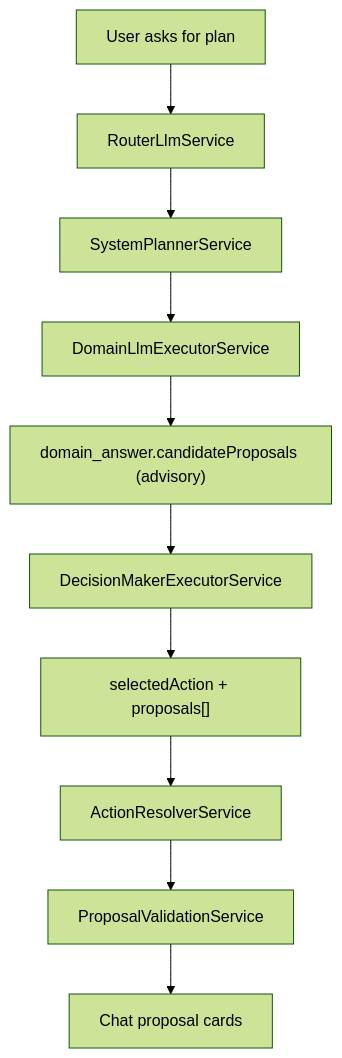
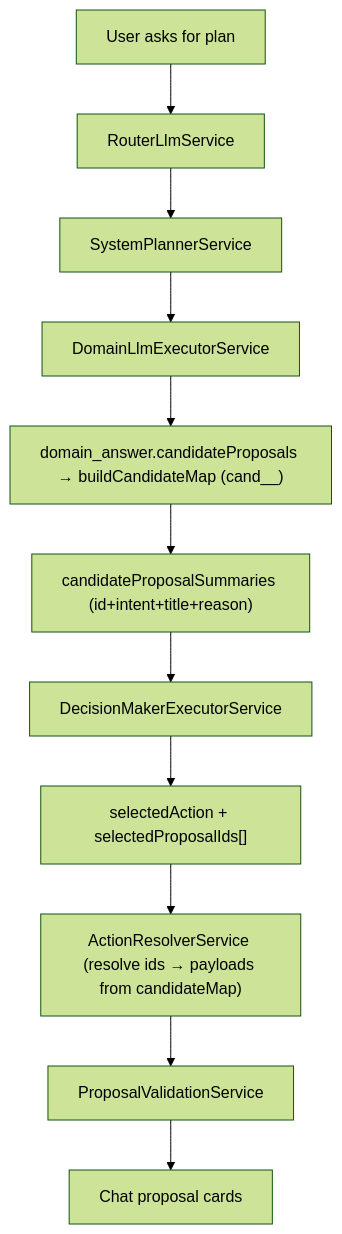
Before and after one commit to IldarRash/HealthTracer: the third of 3 diagrams in docs/architecture/llm-pipeline.md, drawn with Mermaid (forest theme). The commit also changed other lines of this file and 21 other files, not shown here.

First line of the commit message:
feat(ai): decision-maker quality — selection-by-ID, conversation history, enforced reply language

````diff
--- a/docs/architecture/llm-pipeline.md
+++ b/docs/architecture/llm-pipeline.md
@@ -1031,12 +1065,13 @@
 ```mermaid
 flowchart TD
   userTurn["User asks for plan"] --> router["RouterLlmService"]
   router --> planner["SystemPlannerService"]
   planner --> domain["DomainLlmExecutorService"]
-  domain --> candidates["domain_answer.candidateProposals (advisory)"]
-  candidates --> decision["DecisionMakerExecutorService"]
-  decision --> selected["selectedAction + proposals[]"]
-  selected --> resolver["ActionResolverService"]
+  domain --> candidates["domain_answer.candidateProposals → buildCandidateMap (cand_<domain>_<index>)"]
+  candidates --> summaries["candidateProposalSummaries (id+intent+title+reason)"]
+  summaries --> decision["DecisionMakerExecutorService"]
+  decision --> selected["selectedAction + selectedProposalIds[]"]
+  selected --> resolver["ActionResolverService (resolve ids → payloads from candidateMap)"]
   resolver --> validation["ProposalValidationService"]
   validation --> cards["Chat proposal cards"]
 ```
````
